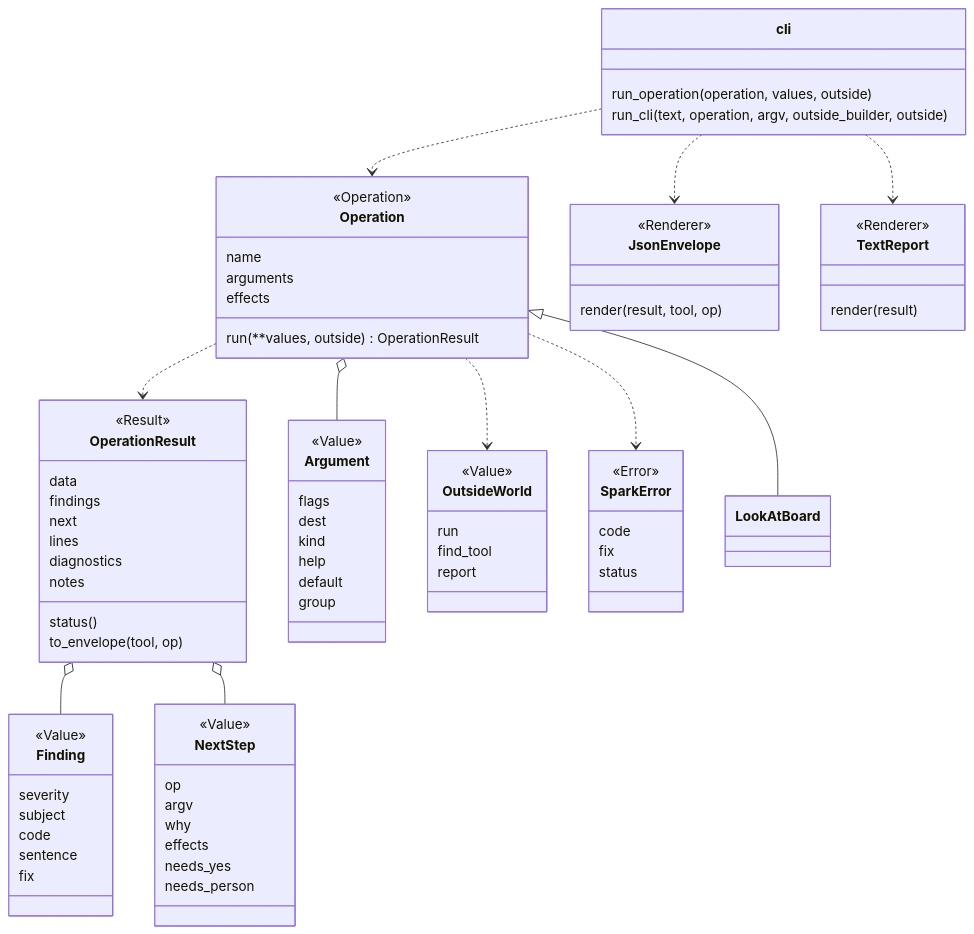
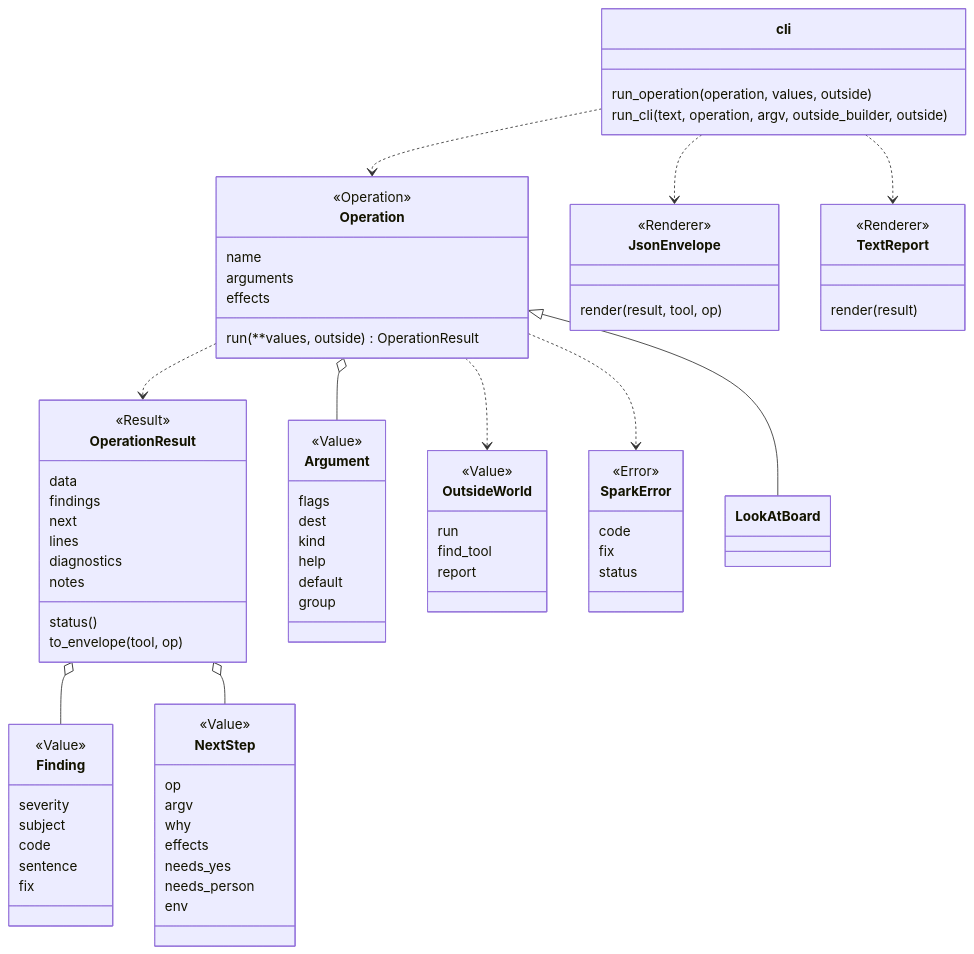
The diagram in docs/guide/patterns-and-names.md (xmejkal/spark), drawn with Mermaid before and after one commit. The commit also changed other lines of this file and 3 other files, not shown here.

````diff
--- a/docs/guide/patterns-and-names.md
+++ b/docs/guide/patterns-and-names.md
@@ -89,81 +89,82 @@
 ```mermaid
 classDiagram
   class Operation {
     <<Operation>>
     name
     arguments
     effects
     run(**values, outside) OperationResult
   }
   class OperationResult {
     <<Result>>
     data
     findings
     next
     lines
     diagnostics
     notes
     status()
     to_envelope(tool, op)
   }
   class Finding {
     <<Value>>
     severity
     subject
     code
     sentence
     fix
   }
   class NextStep {
     <<Value>>
     op
     argv
     why
     effects
     needs_yes
     needs_person
+    env
   }
   class Argument {
     <<Value>>
     flags
     dest
     kind
     help
     default
     group
   }
   class OutsideWorld {
     <<Value>>
     run
     find_tool
     report
   }
   class SparkError {
     <<Error>>
     code
     fix
     status
   }
   class JsonEnvelope {
     <<Renderer>>
     render(result, tool, op)
   }
   class TextReport {
     <<Renderer>>
     render(result)
   }
   class cli {
     run_operation(operation, values, outside)
     run_cli(text, operation, argv, outside_builder, outside)
   }
   Operation <|-- LookAtBoard
   Operation o-- Argument
   Operation ..> OperationResult
   Operation ..> OutsideWorld
   Operation ..> SparkError
   OperationResult o-- Finding
   OperationResult o-- NextStep
   cli ..> Operation
   cli ..> JsonEnvelope
   cli ..> TextReport
 ```
````
